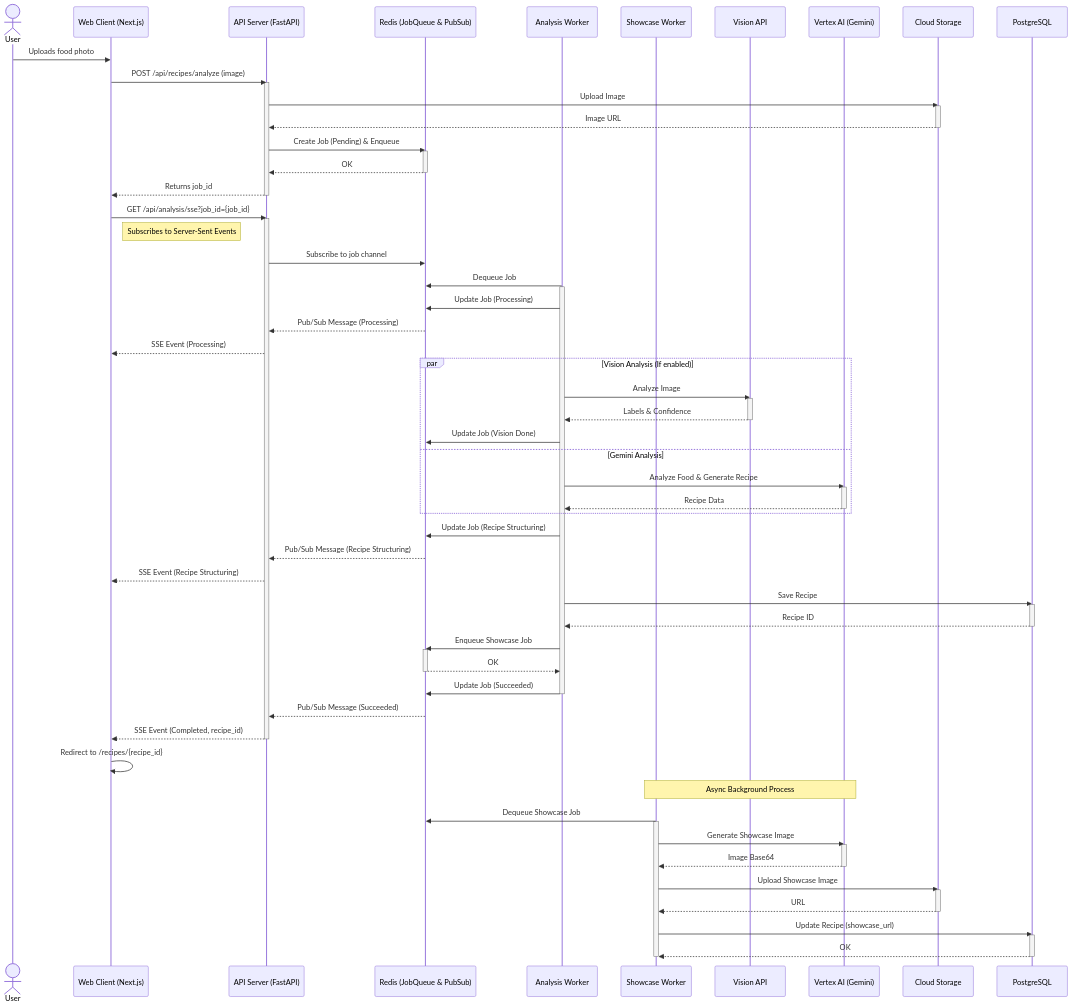
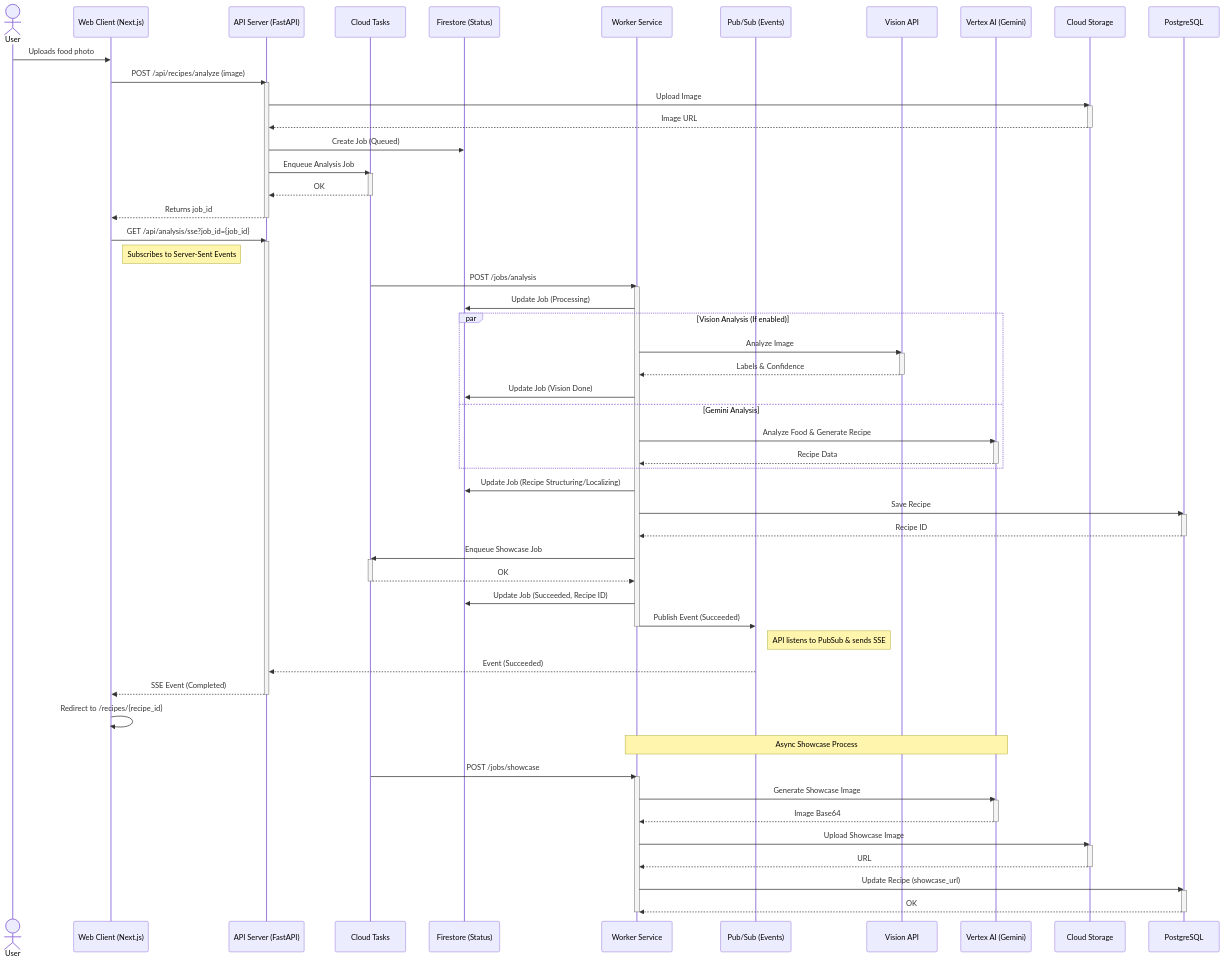
One commit to pic2cook/diagrams changed the second of 2 diagrams in pic2cook/README.md. Above: the diagram before and after it, drawn with Mermaid. The commit also changed other lines of this file, not shown here.

Commit message:
Update README.md with dependencies (87db92b7e6c68f366a22149aaea91427e0633585)

````diff
--- a/pic2cook/README.md
+++ b/pic2cook/README.md
@@ -112,9 +123,10 @@
     actor User
     participant Web as Web Client (Next.js)
     participant API as API Server (FastAPI)
-    participant Redis as Redis (JobQueue & PubSub)
-    participant Worker as Analysis Worker
-    participant Showcase as Showcase Worker
+    participant Tasks as Cloud Tasks
+    participant Firestore as Firestore (Status)
+    participant Worker as Worker Service
+    participant PubSub as Pub/Sub (Events)
     participant Vision as Vision API
     participant Gemini as Vertex AI (Gemini)
     participant GCS as Cloud Storage
@@ -129,10 +141,11 @@
     GCS-->>API: Image URL
     deactivate GCS
 
-    API->>Redis: Create Job (Pending) & Enqueue
-    activate Redis
-    Redis-->>API: OK
-    deactivate Redis
+    API->>Firestore: Create Job (Queued)
+    API->>Tasks: Enqueue Analysis Job
+    activate Tasks
+    Tasks-->>API: OK
+    deactivate Tasks
 
     API-->>Web: Returns job_id
     deactivate API
@@ -140,22 +153,18 @@
     Web->>API: GET /api/analysis/sse?job_id={job_id}
     activate API
     Note right of Web: Subscribes to Server-Sent Events
-
-    API->>Redis: Subscribe to job channel
     
-    Worker->>Redis: Dequeue Job
+    Tasks->>Worker: POST /jobs/analysis
     activate Worker
     
-    Worker->>Redis: Update Job (Processing)
-    Redis-->>API: Pub/Sub Message (Processing)
-    API-->>Web: SSE Event (Processing)
-
+    Worker->>Firestore: Update Job (Processing)
+    
     par Vision Analysis (If enabled)
             Worker->>Vision: Analyze Image
             activate Vision
             Vision-->>Worker: Labels & Confidence
             deactivate Vision
-            Worker->>Redis: Update Job (Vision Done)
+            Worker->>Firestore: Update Job (Vision Done)
     and Gemini Analysis
             Worker->>Gemini: Analyze Food & Generate Recipe
             activate Gemini
@@ -163,45 +172,45 @@
             deactivate Gemini
     end
 
-    Worker->>Redis: Update Job (Recipe Structuring)
-    Redis-->>API: Pub/Sub Message (Recipe Structuring)
-    API-->>Web: SSE Event (Recipe Structuring)
-
+    Worker->>Firestore: Update Job (Recipe Structuring/Localizing)
+    
     Worker->>DB: Save Recipe
     activate DB
     DB-->>Worker: Recipe ID
     deactivate DB
 
-    Worker->>Redis: Enqueue Showcase Job
-    activate Redis
-    Redis-->>Worker: OK
-    deactivate Redis
+    Worker->>Tasks: Enqueue Showcase Job
+    activate Tasks
+    Tasks-->>Worker: OK
+    deactivate Tasks
 
-    Worker->>Redis: Update Job (Succeeded)
+    Worker->>Firestore: Update Job (Succeeded, Recipe ID)
+    Worker->>PubSub: Publish Event (Succeeded)
     deactivate Worker
-
-    Redis-->>API: Pub/Sub Message (Succeeded)
-    API-->>Web: SSE Event (Completed, recipe_id)
+    
+    Note right of PubSub: API listens to PubSub & sends SSE
+    PubSub-->>API: Event (Succeeded)
+    API-->>Web: SSE Event (Completed)
     deactivate API
 
     Web->>Web: Redirect to /recipes/{recipe_id}
 
-    Note over Showcase, Gemini: Async Background Process
-    Showcase->>Redis: Dequeue Showcase Job
-    activate Showcase
-    Showcase->>Gemini: Generate Showcase Image
+    Note over Worker, Gemini: Async Showcase Process
+    Tasks->>Worker: POST /jobs/showcase
+    activate Worker
+    Worker->>Gemini: Generate Showcase Image
     activate Gemini
-    Gemini-->>Showcase: Image Base64
+    Gemini-->>Worker: Image Base64
     deactivate Gemini
     
-    Showcase->>GCS: Upload Showcase Image
+    Worker->>GCS: Upload Showcase Image
     activate GCS
-    GCS-->>Showcase: URL
+    GCS-->>Worker: URL
     deactivate GCS
     
-    Showcase->>DB: Update Recipe (showcase_url)
+    Worker->>DB: Update Recipe (showcase_url)
     activate DB
-    DB-->>Showcase: OK
+    DB-->>Worker: OK
     deactivate DB
-    deactivate Showcase
+    deactivate Worker
 ```
````
